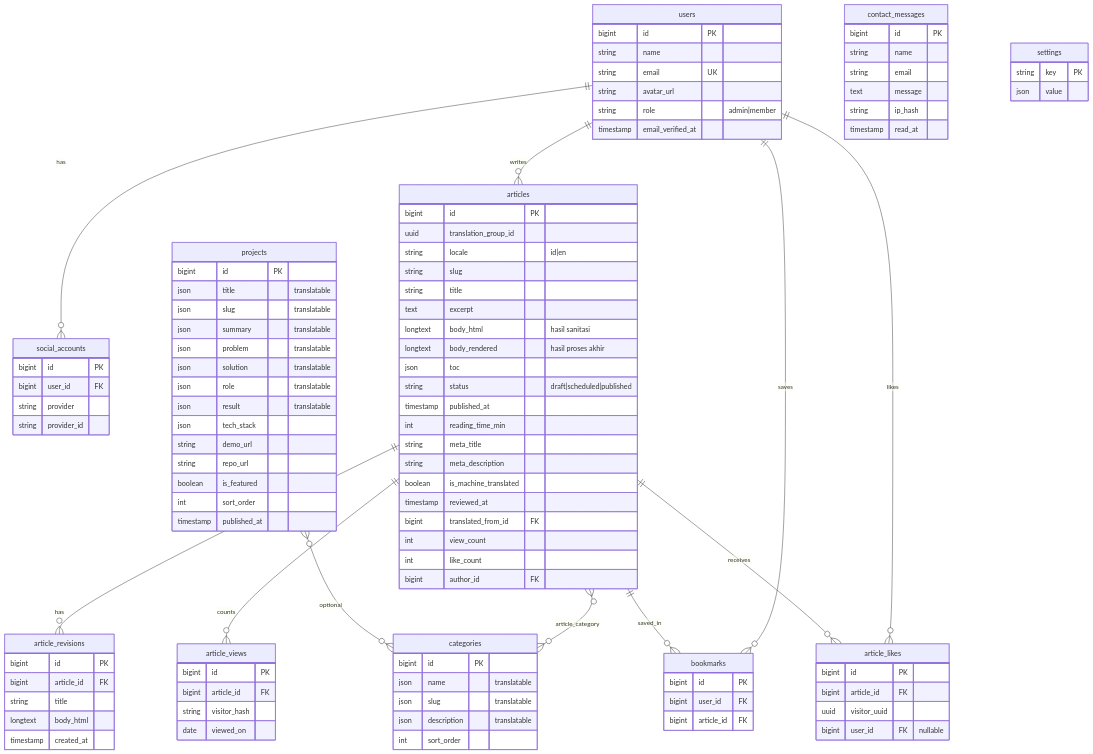
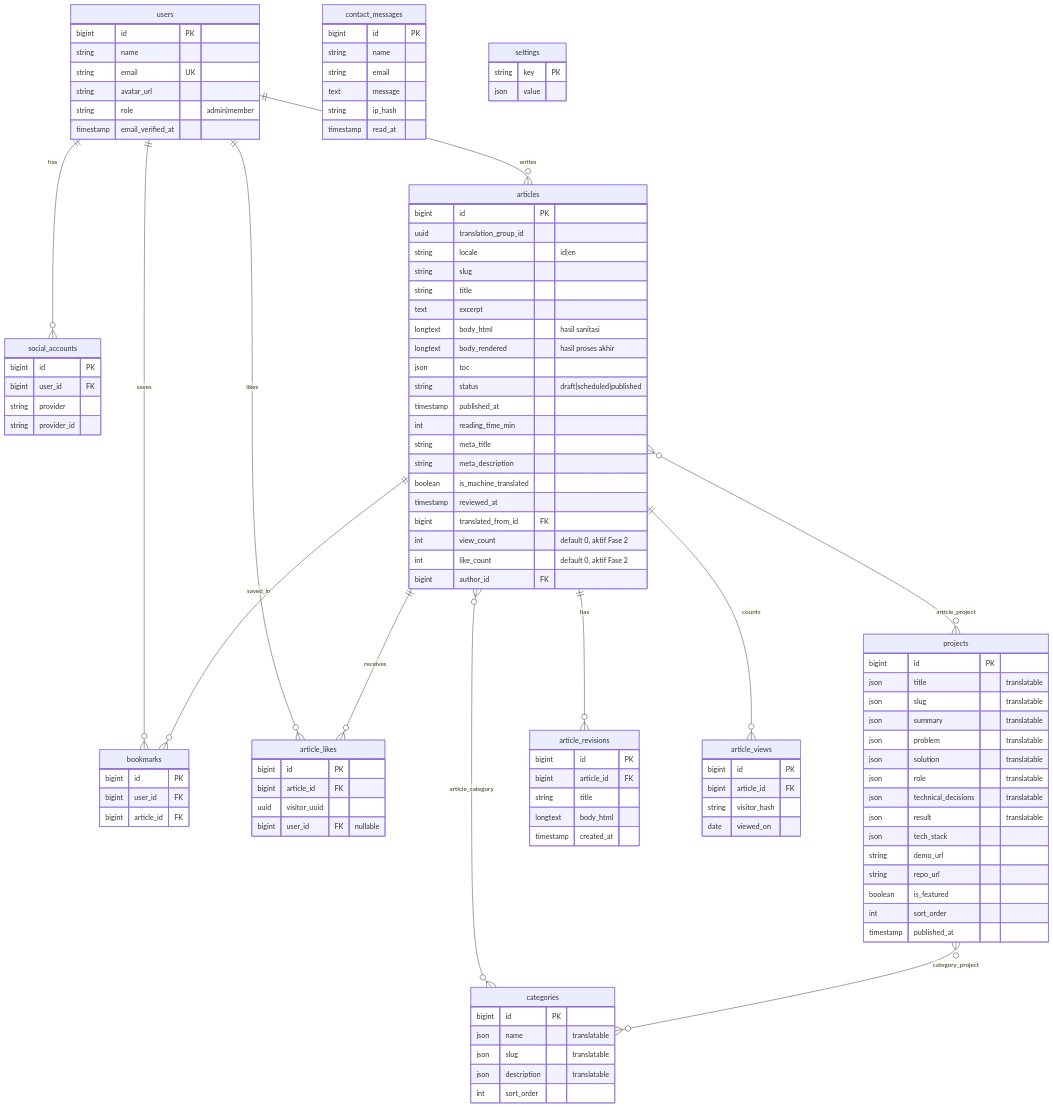
One commit to NirlekaArtha/hafizhrafid-dev changed the second of 4 diagrams in docs/02-technical-design.md. Above: the diagram before and after it, drawn with Mermaid. The commit also changed other lines of this file and 5 other files, not shown here.

```diff
--- a/docs/02-technical-design.md
+++ b/docs/02-technical-design.md
@@ -93,11 +93,12 @@
     users ||--o{ bookmarks : saves
     users ||--o{ article_likes : likes
     articles }o--o{ categories : "article_category"
+    articles }o--o{ projects : "article_project"
     articles ||--o{ article_revisions : has
     articles ||--o{ article_views : counts
     articles ||--o{ article_likes : receives
     articles ||--o{ bookmarks : saved_in
-    projects }o--o{ categories : optional
+    projects }o--o{ categories : "category_project"
 
     users {
         bigint id PK
@@ -131,8 +132,8 @@
         boolean is_machine_translated
         timestamp reviewed_at
         bigint translated_from_id FK
-        int view_count
-        int like_count
+        int view_count "default 0, aktif Fase 2"
+        int like_count "default 0, aktif Fase 2"
         bigint author_id FK
     }
     categories {
@@ -157,6 +158,7 @@
         json problem "translatable"
         json solution "translatable"
         json role "translatable"
+        json technical_decisions "translatable"
         json result "translatable"
         json tech_stack
         string demo_url
```
